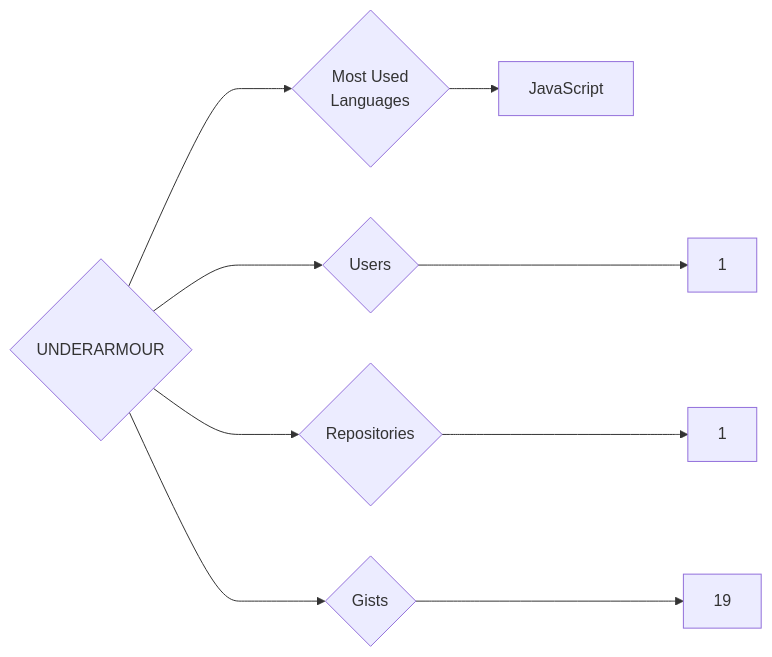
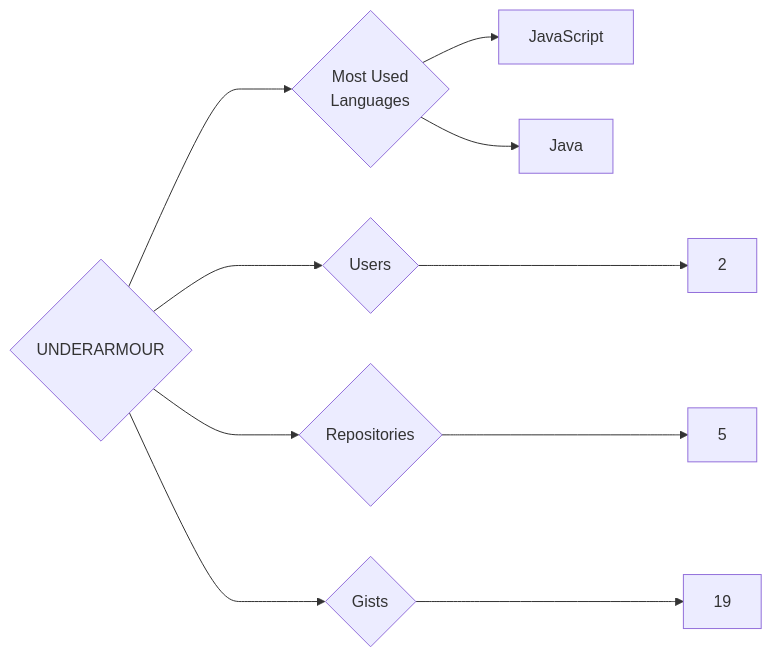
One commit to trickest/insiders changed the diagram in targets/UNDERARMOUR/README.md. Above: the diagram before and after it, drawn with Mermaid. The commit also changed 765 other files, not shown here.

````diff
--- a/targets/UNDERARMOUR/README.md
+++ b/targets/UNDERARMOUR/README.md
@@ -3,9 +3,10 @@
 ```mermaid
 graph LR
 COMPANY_NAME{UNDERARMOUR}
-COMPANY_NAME ---> U{Users} ---> UN[1]
-COMPANY_NAME ---> R{Repositories} ---> RN[1]
+COMPANY_NAME ---> U{Users} ---> UN[2]
+COMPANY_NAME ---> R{Repositories} ---> RN[5]
 COMPANY_NAME ---> G{Gists} ---> GN[19]
 COMPANY_NAME ---> ML{Most Used<br>Languages}
 ML --> JavaScript[JavaScript]
+ML --> Java[Java]
 ```
````
